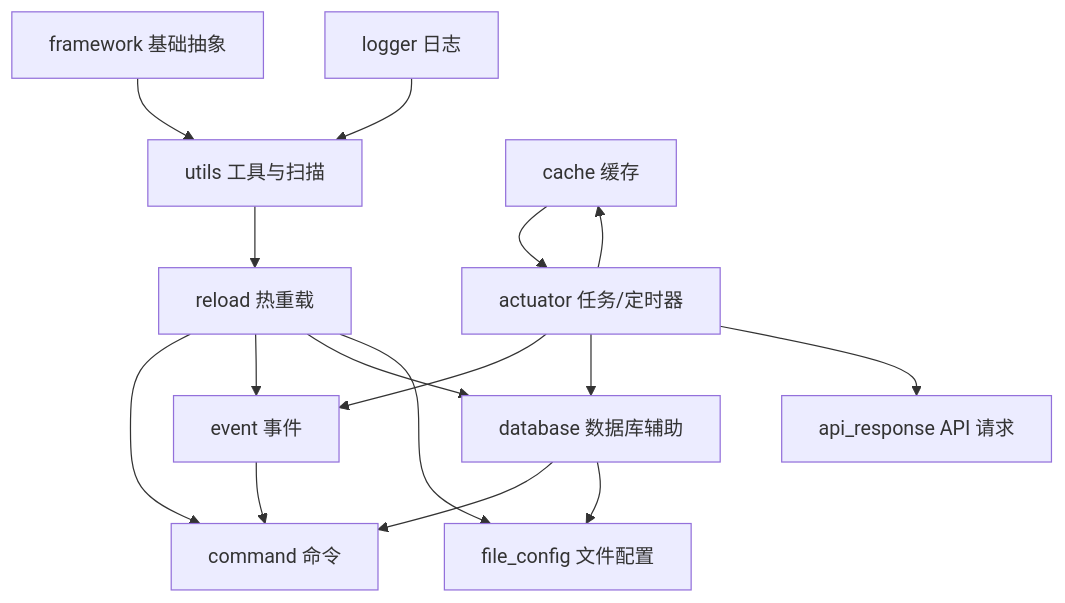
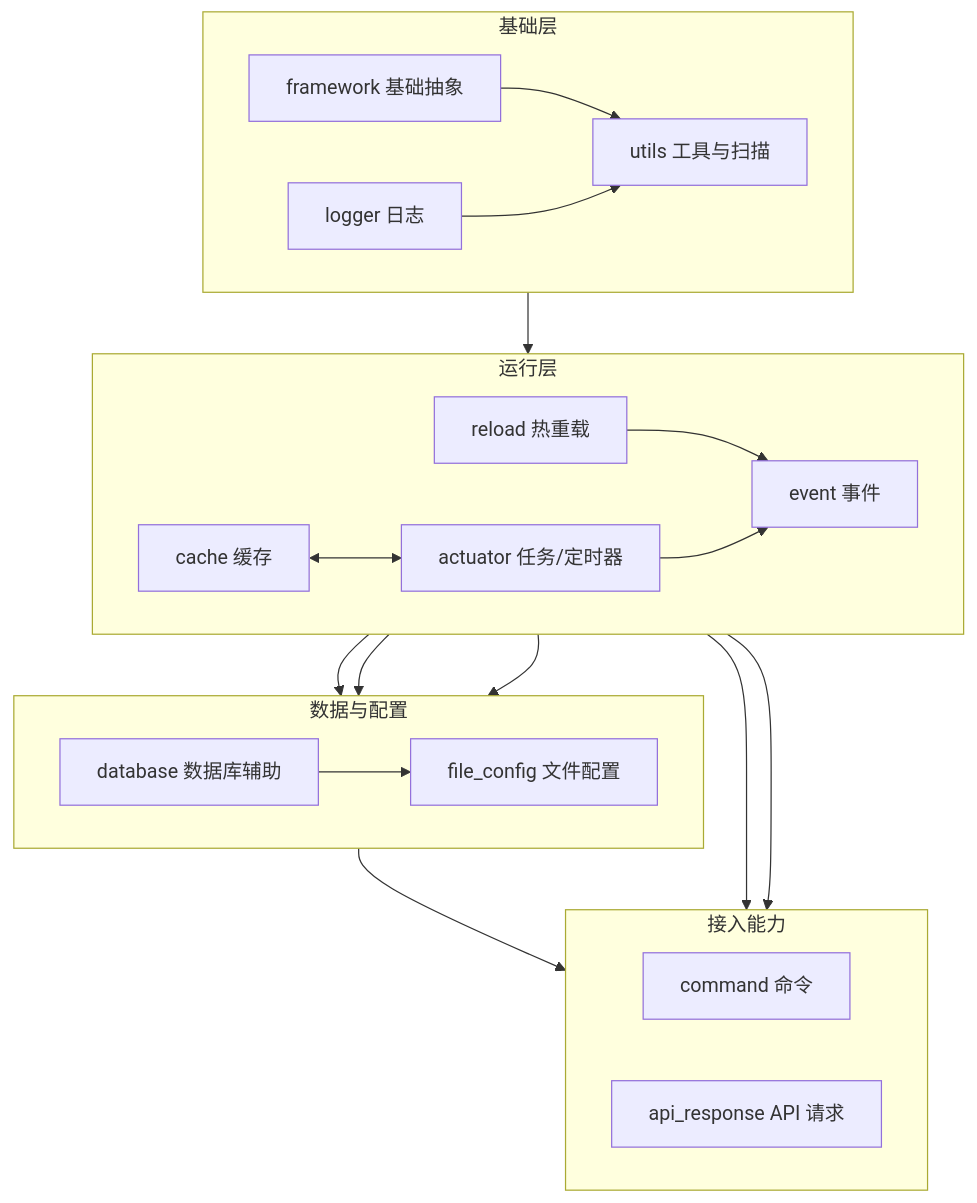
The diagram in src/main/java/org/zexnocs/teanekocore/README.md (Tea-Neko-Party/TeaNeko-App), drawn with Mermaid before and after one commit. The commit also changed other lines of this file and 13 other files, not shown here.

````diff
--- a/src/main/java/org/zexnocs/teanekocore/README.md
+++ b/src/main/java/org/zexnocs/teanekocore/README.md
@@ -26,30 +26,43 @@
 ```mermaid
 flowchart TD
-    framework["framework 基础抽象"]
-    logger["logger 日志"]
-    utils["utils 工具与扫描"]
-    reload["reload 热重载"]
-    cache["cache 缓存"]
-    actuator["actuator 任务/定时器"]
-    event["event 事件"]
-    command["command 命令"]
-    database["database 数据库辅助"]
-    file_config["file_config 文件配置"]
-    api_response["api_response API 请求"]
+    subgraph BASE["基础层"]
+        direction LR
+        framework["framework 基础抽象"]
+        logger["logger 日志"]
+        utils["utils 工具与扫描"]
+    end
+
+    subgraph RUNTIME["运行层"]
+        direction LR
+        reload["reload 热重载"]
+        cache["cache 缓存"]
+        actuator["actuator 任务/定时器"]
+        event["event 事件"]
+    end
+
+    subgraph DATA["数据与配置"]
+        direction LR
+        database["database 数据库辅助"]
+        file_config["file_config 文件配置"]
+    end
+
+    subgraph ENTRY["接入能力"]
+        direction LR
+        command["command 命令"]
+        api_response["api_response API 请求"]
+    end
 
     framework --> utils
     logger --> utils
     utils --> reload
-    reload --> command
     reload --> event
     reload --> database
     reload --> file_config
-    cache --> actuator
-    actuator --> cache
+    cache <--> actuator
     actuator --> event
     actuator --> database
     actuator --> api_response
     event --> command
     database --> command
     database --> file_config
 ```
````
